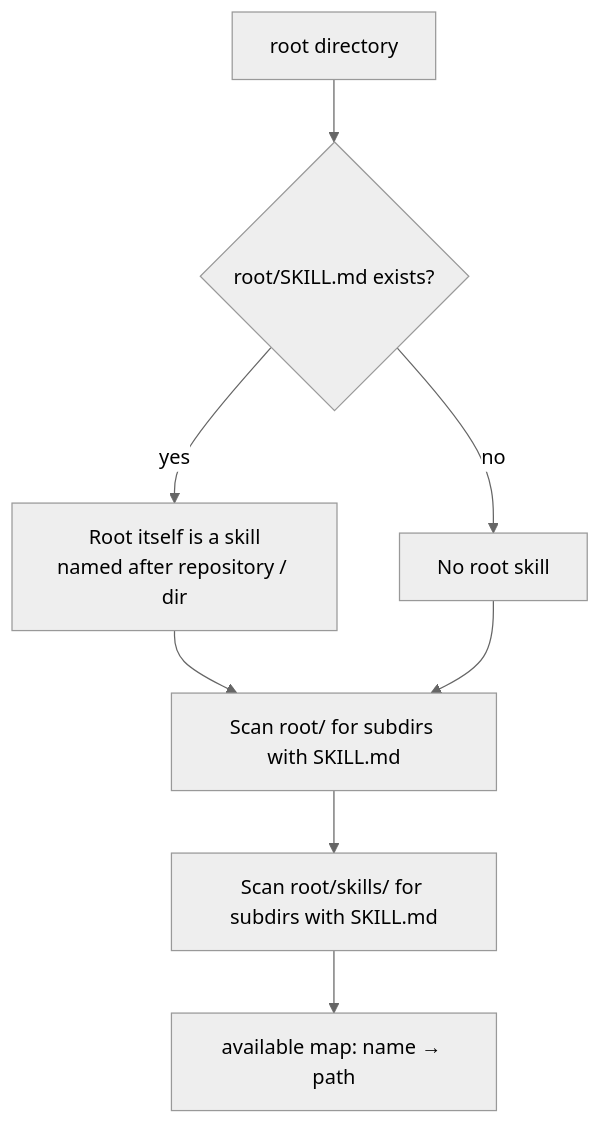
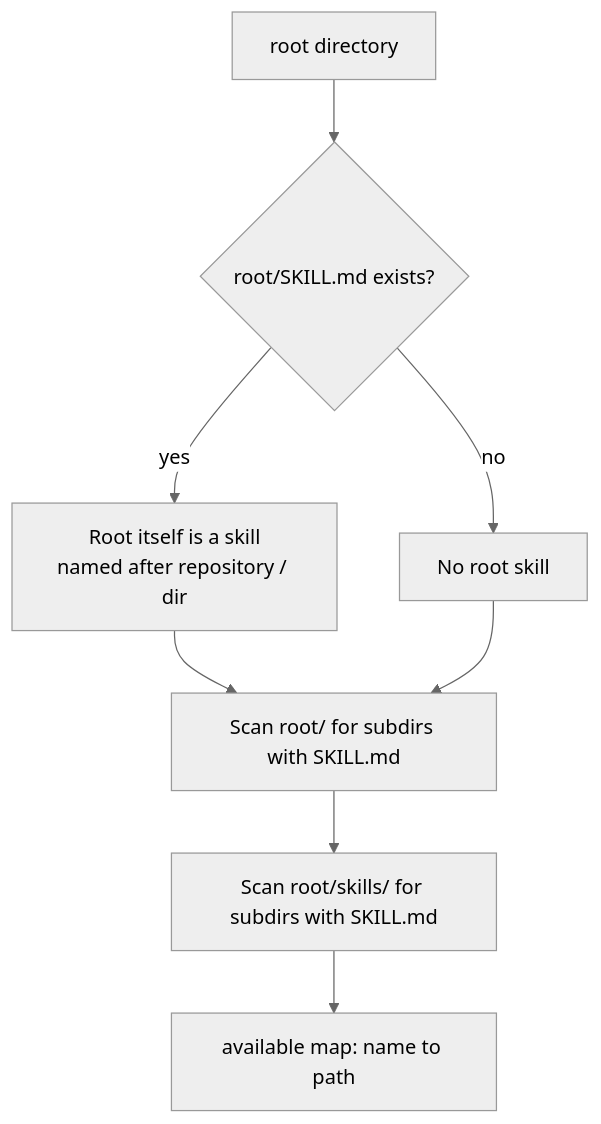
The third of 10 diagrams in site/content/docs/sync-flow.mdx (pivoshenko/kasetto), drawn with Mermaid (neutral theme) before and after one commit. The commit also changed other lines of this file and 23 other files, not shown here.

````diff
--- a/site/content/docs/sync-flow.mdx
+++ b/site/content/docs/sync-flow.mdx
@@ -72,10 +72,10 @@
 ```mermaid
 flowchart TD
     A[root directory] --> B{root/SKILL.md exists?}
     B -->|yes| C[Root itself is a skill\nnamed after repository / dir]
     B -->|no| D[No root skill]
     C --> E[Scan root/ for subdirs with SKILL.md]
     D --> E
     E --> F[Scan root/skills/ for subdirs with SKILL.md]
-    F --> G[available map: name → path]
+    F --> G[available map: name to path]
 ```
````
